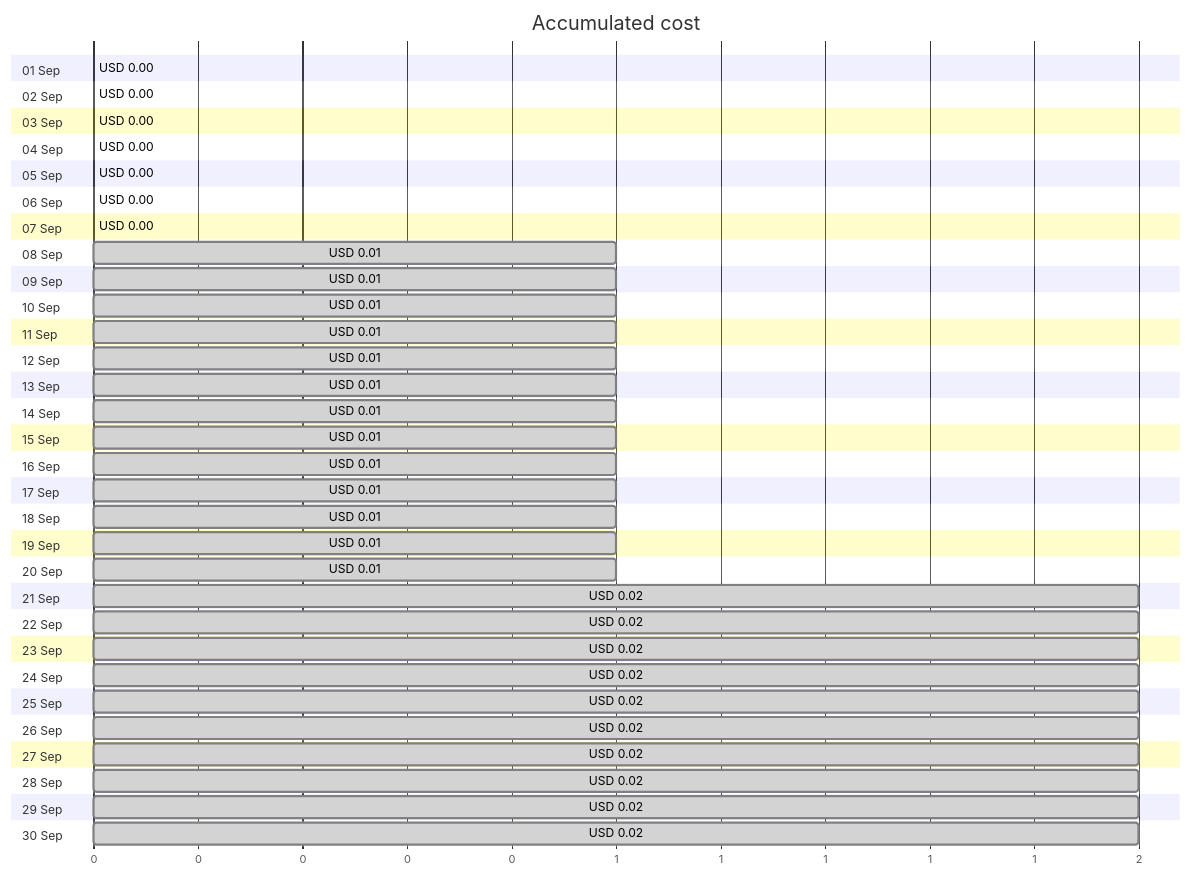
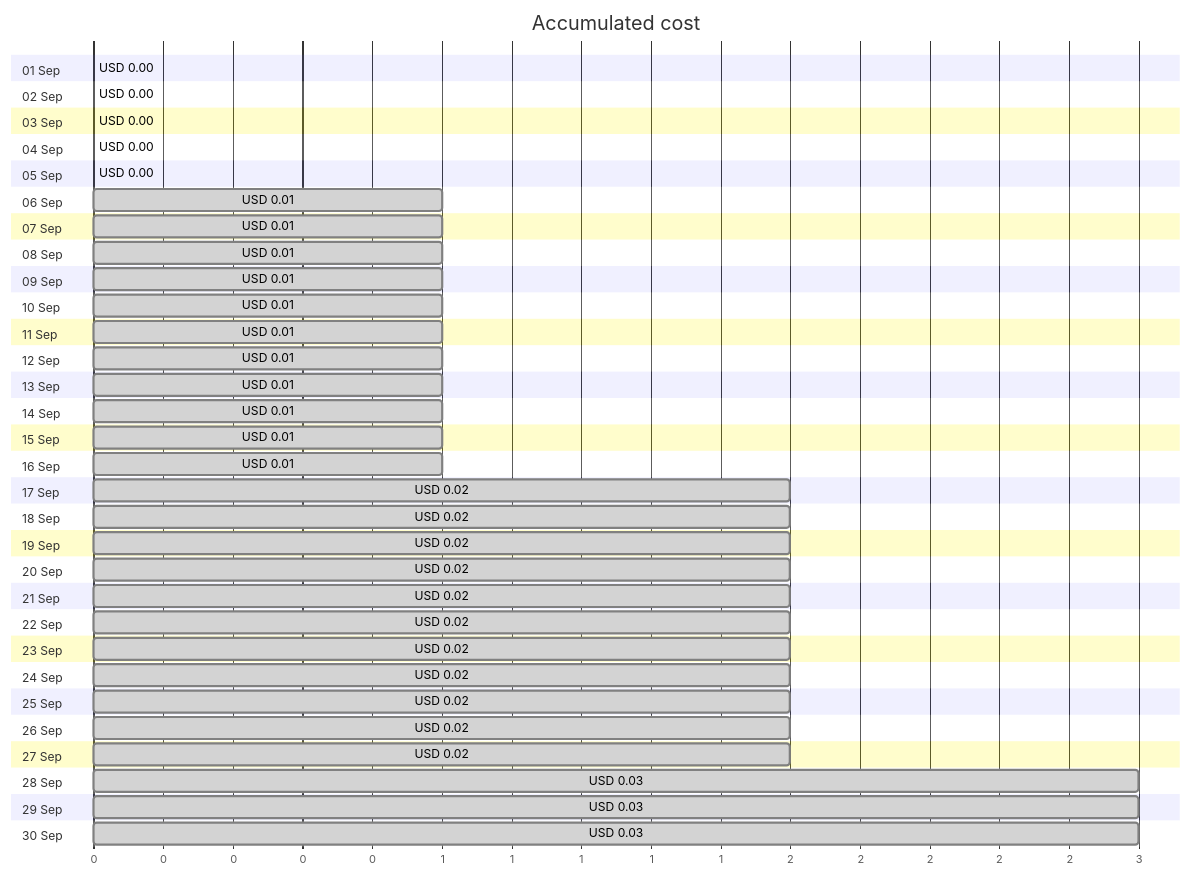
Before and after one commit to jpfulton/azure-personal-reports: the first of 4 diagrams in cost-reports/personal-site/personalsiteapistorage.md, drawn with Mermaid. The commit also changed other lines of this file and 6 other files, not shown here.

````diff
--- a/cost-reports/personal-site/personalsiteapistorage.md
+++ b/cost-reports/personal-site/personalsiteapistorage.md
@@ -20,66 +20,66 @@
 ```mermaid
 gantt
    title Accumulated cost
    dateFormat  X
    axisFormat %s
    section 01 Sep
    USD 0.00 :0, 0
    section 02 Sep
    USD 0.00 :0, 0
    section 03 Sep
    USD 0.00 :0, 0
    section 04 Sep
    USD 0.00 :0, 0
    section 05 Sep
-   USD 0.00 : done, 0, 0
+   USD 0.00 :0, 0
    section 06 Sep
-   USD 0.00 : done, 0, 0
+   USD 0.01 : done, 0, 1
    section 07 Sep
-   USD 0.00 : done, 0, 0
+   USD 0.01 : done, 0, 1
    section 08 Sep
    USD 0.01 : done, 0, 1
    section 09 Sep
    USD 0.01 : done, 0, 1
    section 10 Sep
    USD 0.01 : done, 0, 1
    section 11 Sep
    USD 0.01 : done, 0, 1
    section 12 Sep
    USD 0.01 : done, 0, 1
    section 13 Sep
    USD 0.01 : done, 0, 1
    section 14 Sep
    USD 0.01 : done, 0, 1
    section 15 Sep
    USD 0.01 : done, 0, 1
    section 16 Sep
    USD 0.01 : done, 0, 1
    section 17 Sep
-   USD 0.01 : done, 0, 1
+   USD 0.02 : done, 0, 2
    section 18 Sep
-   USD 0.01 : done, 0, 1
+   USD 0.02 : done, 0, 2
    section 19 Sep
-   USD 0.01 : done, 0, 1
+   USD 0.02 : done, 0, 2
    section 20 Sep
-   USD 0.01 : done, 0, 1
+   USD 0.02 : done, 0, 2
    section 21 Sep
    USD 0.02 : done, 0, 2
    section 22 Sep
    USD 0.02 : done, 0, 2
    section 23 Sep
    USD 0.02 : done, 0, 2
    section 24 Sep
    USD 0.02 : done, 0, 2
    section 25 Sep
    USD 0.02 : done, 0, 2
    section 26 Sep
    USD 0.02 : done, 0, 2
    section 27 Sep
    USD 0.02 : done, 0, 2
    section 28 Sep
-   USD 0.02 : done, 0, 2
+   USD 0.03 : done, 0, 3
    section 29 Sep
-   USD 0.02 : done, 0, 2
+   USD 0.03 : done, 0, 3
    section 30 Sep
-   USD 0.02 : done, 0, 2
+   USD 0.03 : done, 0, 3
 ```
````
